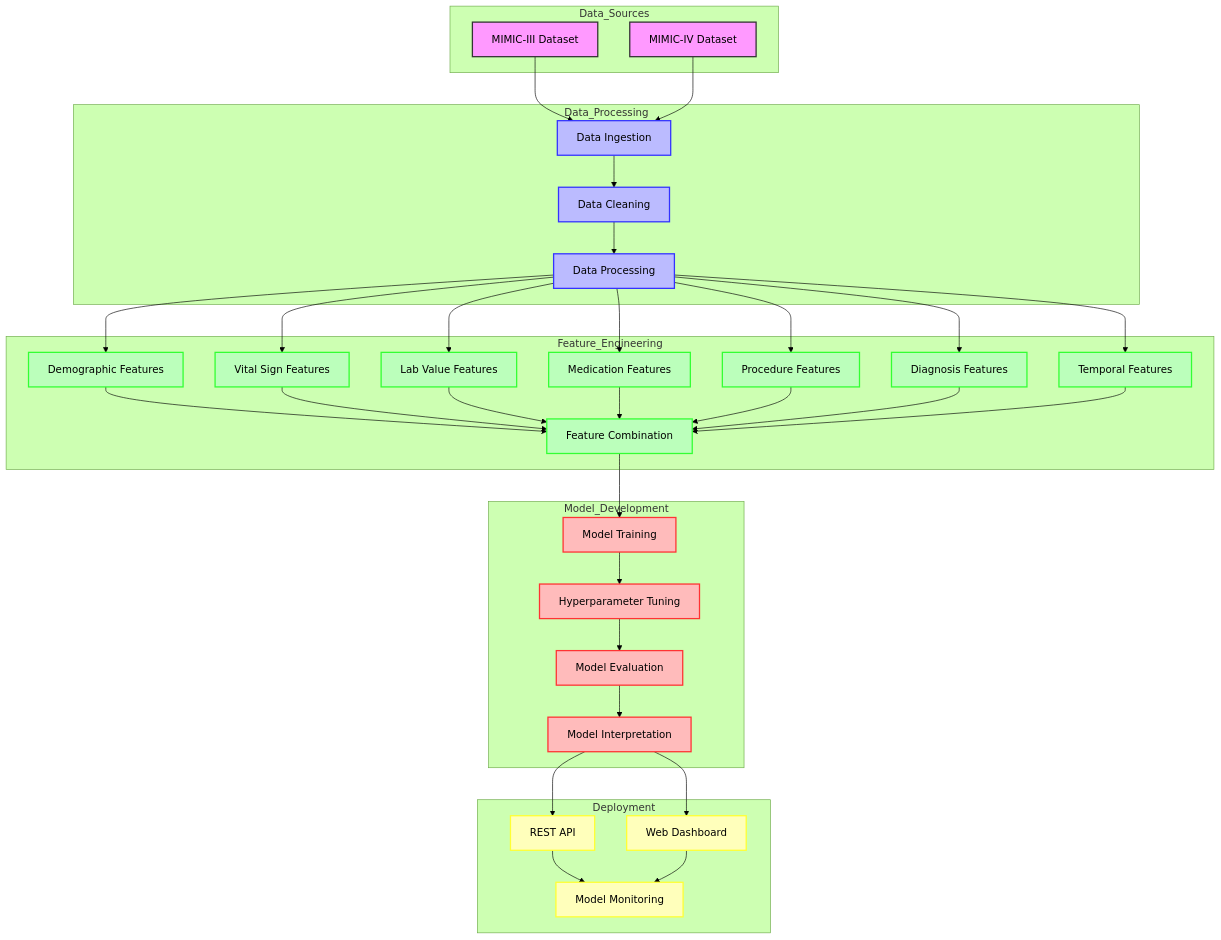
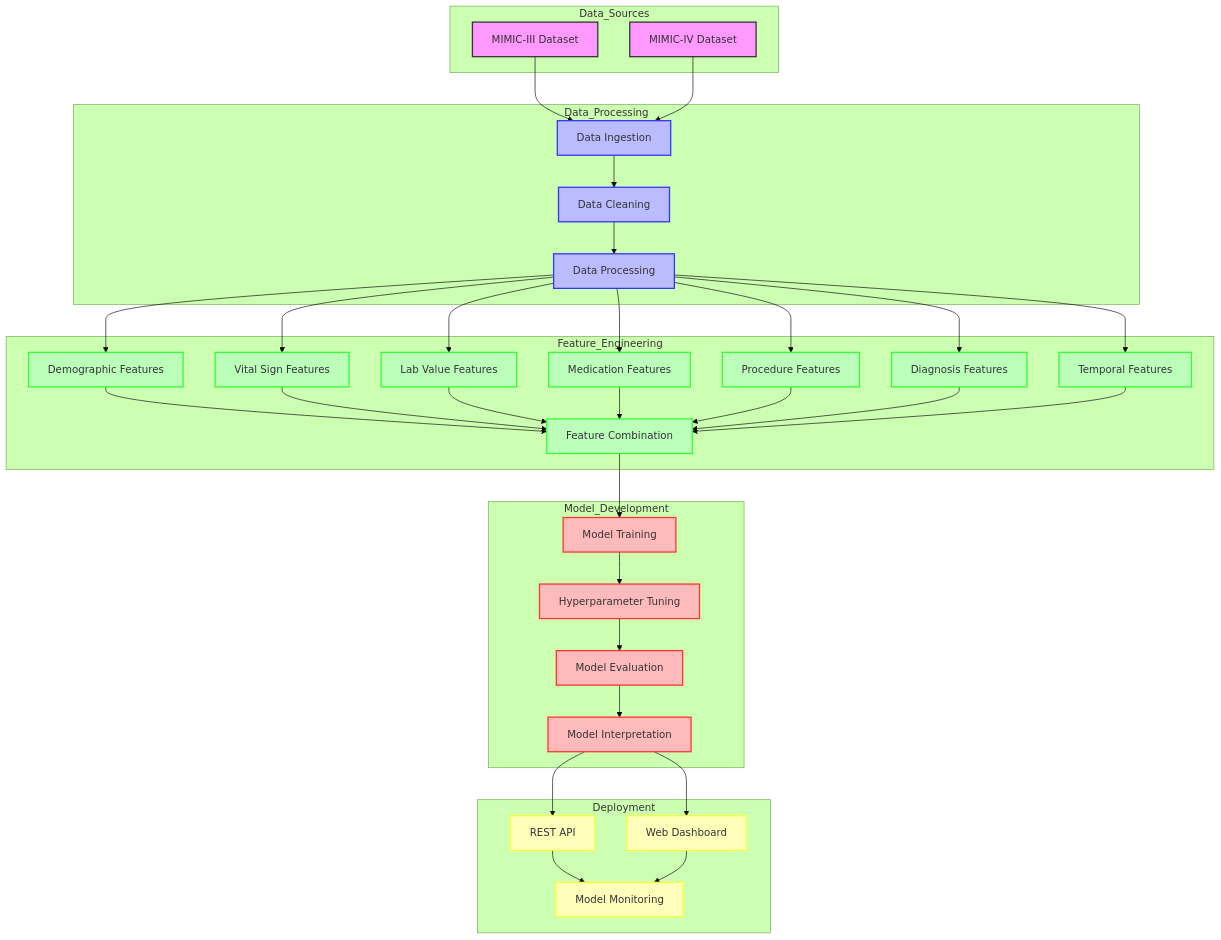
One commit to ACl365/MIMIC-demo changed the diagram in docs/architecture.md. Above: the diagram before and after it, drawn with Mermaid (forest theme). The commit also changed 1 other file, not shown here.

Commit message:
Fix: Remove broken link and improve diagram readability

````diff
--- a/docs/architecture.md
+++ b/docs/architecture.md
@@ -7,81 +7,81 @@
 ```mermaid
 graph TD
     subgraph Data_Sources
         MIMIC3[MIMIC-III Dataset]
         MIMIC4[MIMIC-IV Dataset]
     end
 
     subgraph Data_Processing
         Ingest[Data Ingestion]
         Clean[Data Cleaning]
         Process[Data Processing]
     end
 
     subgraph Feature_Engineering
         Demographics[Demographic Features]
         Vitals[Vital Sign Features]
         Labs[Lab Value Features]
         Meds[Medication Features]
         Procedures[Procedure Features]
         Diagnoses[Diagnosis Features]
         Temporal[Temporal Features]
         Combine[Feature Combination]
     end
 
     subgraph Model_Development
         Train[Model Training]
         Tune[Hyperparameter Tuning]
         Evaluate[Model Evaluation]
         Interpret[Model Interpretation]
     end
 
     subgraph Deployment
         API[REST API]
         Dashboard[Web Dashboard]
         Monitor[Model Monitoring]
     end
 
     %% Data flow
     MIMIC3 --> Ingest
     MIMIC4 --> Ingest
     Ingest --> Clean
     Clean --> Process
     Process --> Demographics
     Process --> Vitals
     Process --> Labs
     Process --> Meds
     Process --> Procedures
     Process --> Diagnoses
     Process --> Temporal
 
     Demographics --> Combine
     Vitals --> Combine
     Labs --> Combine
     Meds --> Combine
     Procedures --> Combine
     Diagnoses --> Combine
     Temporal --> Combine
 
     Combine --> Train
     Train --> Tune
     Tune --> Evaluate
     Evaluate --> Interpret
 
     Interpret --> API
     Interpret --> Dashboard
     API --> Monitor
     Dashboard --> Monitor
 
     %% Styling
-    classDef sourceNode fill:#f9f,stroke:#333,stroke-width:2px;
-    classDef processNode fill:#bbf,stroke:#33f,stroke-width:2px;
-    classDef featureNode fill:#bfb,stroke:#3f3,stroke-width:2px;
-    classDef modelNode fill:#fbb,stroke:#f33,stroke-width:2px;
-    classDef deployNode fill:#ffb,stroke:#ff3,stroke-width:2px;
+    classDef sourceNode fill:#f9f,stroke:#333,stroke-width:2px,color:#333;
+    classDef processNode fill:#bbf,stroke:#33f,stroke-width:2px,color:#333;
+    classDef featureNode fill:#bfb,stroke:#3f3,stroke-width:2px,color:#333;
+    classDef modelNode fill:#fbb,stroke:#f33,stroke-width:2px,color:#333;
+    classDef deployNode fill:#ffb,stroke:#ff3,stroke-width:2px,color:#333;
 
     class MIMIC3,MIMIC4 sourceNode;
     class Ingest,Clean,Process processNode;
     class Demographics,Vitals,Labs,Meds,Procedures,Diagnoses,Temporal,Combine featureNode;
     class Train,Tune,Evaluate,Interpret modelNode;
     class API,Dashboard,Monitor deployNode;
 ```
````
